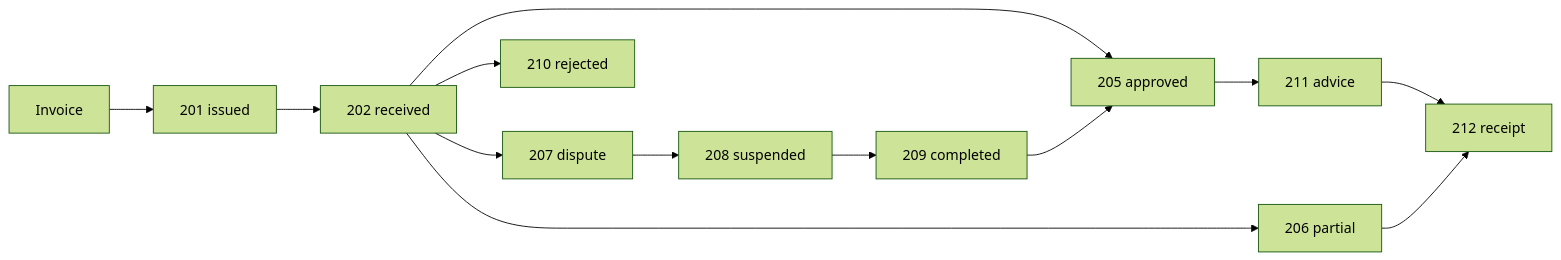
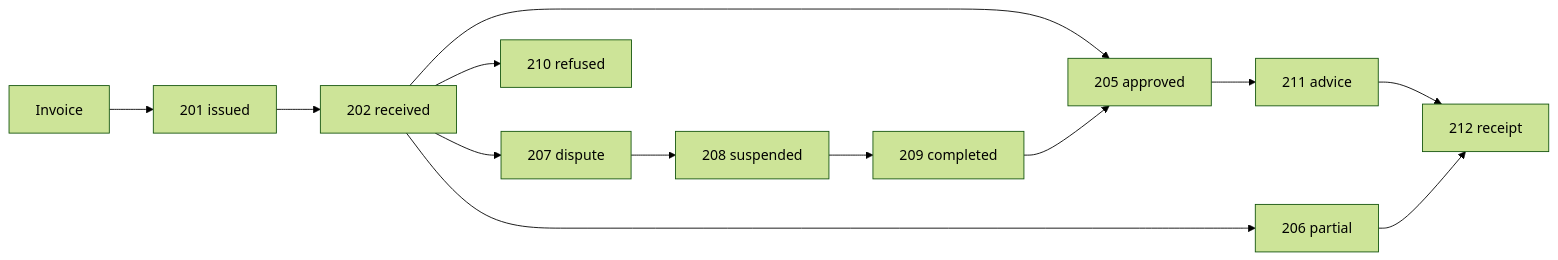
The diagram in guides/fr-pa-status.mdx (invopop/docs.invopop.com), drawn with Mermaid (forest theme) before and after one commit. The commit also changed other lines of this file, not shown here.

````diff
--- a/guides/fr-pa-status.mdx
+++ b/guides/fr-pa-status.mdx
@@ -45,15 +40,15 @@
 ```mermaid
 flowchart LR
     I[Invoice] --> S201[201 issued]
     S201 --> S202[202 received]
     S202 --> S205[205 approved]
     S202 --> S206[206 partial]
     S202 --> S207[207 dispute]
-    S202 --> S210[210 rejected]
+    S202 --> S210[210 refused]
     S207 --> S208[208 suspended]
     S208 --> S209[209 completed]
     S209 --> S205
     S205 --> P211[211 advice]
     P211 --> P212[212 receipt]
     S206 --> P212
 ```
````
